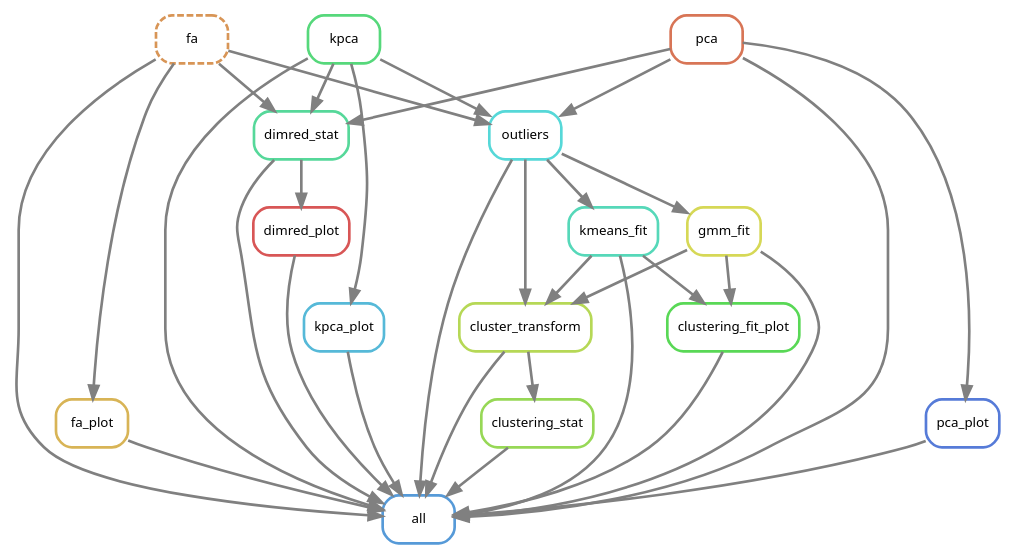
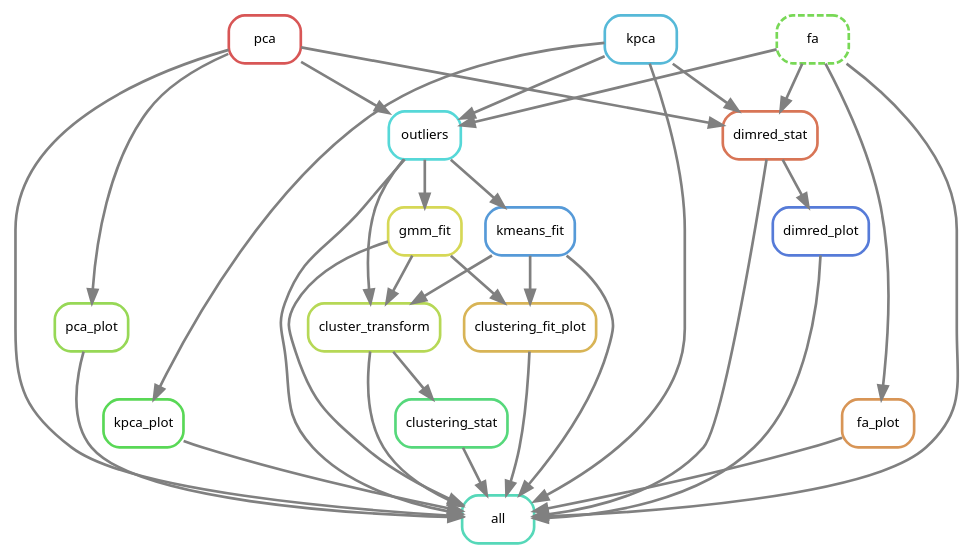
Before and after one commit to cbg-ethz/pybda: the diagram in fig/snakeflow.dot, drawn with Graphviz. The commit also changed 13 other files, not shown here.

```diff
--- a/fig/snakeflow.dot
+++ b/fig/snakeflow.dot
@@ -1,52 +1,52 @@
 digraph snakemake_dag {
     graph[bgcolor=white, margin=0];
     node[shape=box, style=rounded, fontname=sans,                 fontsize=10, penwidth=2];
     edge[penwidth=2, color=grey];
-	0[label = "all", color = "0.58 0.6 0.85", style="rounded"];
-	1[label = "gmm_fit", color = "0.17 0.6 0.85", style="rounded"];
-	2[label = "dimred_stat", color = "0.42 0.6 0.85", style="rounded"];
-	3[label = "cluster_transform", color = "0.21 0.6 0.85", style="rounded"];
-	4[label = "clustering_stat", color = "0.25 0.6 0.85", style="rounded"];
-	5[label = "kpca_plot", color = "0.54 0.6 0.85", style="rounded"];
-	6[label = "fa", color = "0.08 0.6 0.85", style="rounded,dashed"];
-	7[label = "pca", color = "0.04 0.6 0.85", style="rounded"];
-	8[label = "fa_plot", color = "0.12 0.6 0.85", style="rounded"];
-	9[label = "outliers", color = "0.50 0.6 0.85", style="rounded"];
-	10[label = "kpca", color = "0.38 0.6 0.85", style="rounded"];
-	11[label = "dimred_plot", color = "0.00 0.6 0.85", style="rounded"];
-	12[label = "clustering_fit_plot", color = "0.33 0.6 0.85", style="rounded"];
-	13[label = "kmeans_fit", color = "0.46 0.6 0.85", style="rounded"];
-	14[label = "pca_plot", color = "0.62 0.6 0.85", style="rounded"];
+	0[label = "all", color = "0.46 0.6 0.85", style="rounded"];
+	1[label = "dimred_stat", color = "0.04 0.6 0.85", style="rounded"];
+	2[label = "pca_plot", color = "0.25 0.6 0.85", style="rounded"];
+	3[label = "kmeans_fit", color = "0.58 0.6 0.85", style="rounded"];
+	4[label = "clustering_stat", color = "0.38 0.6 0.85", style="rounded"];
+	5[label = "kpca", color = "0.54 0.6 0.85", style="rounded"];
+	6[label = "cluster_transform", color = "0.21 0.6 0.85", style="rounded"];
+	7[label = "dimred_plot", color = "0.62 0.6 0.85", style="rounded"];
+	8[label = "pca", color = "0.00 0.6 0.85", style="rounded"];
+	9[label = "fa_plot", color = "0.08 0.6 0.85", style="rounded"];
+	10[label = "clustering_fit_plot", color = "0.12 0.6 0.85", style="rounded"];
+	11[label = "gmm_fit", color = "0.17 0.6 0.85", style="rounded"];
+	12[label = "kpca_plot", color = "0.33 0.6 0.85", style="rounded"];
+	13[label = "fa", color = "0.29 0.6 0.85", style="rounded,dashed"];
+	14[label = "outliers", color = "0.50 0.6 0.85", style="rounded"];
 	1 -> 0
 	2 -> 0
 	3 -> 0
 	4 -> 0
 	5 -> 0
 	6 -> 0
 	7 -> 0
 	8 -> 0
 	9 -> 0
 	10 -> 0
 	11 -> 0
 	12 -> 0
 	13 -> 0
 	14 -> 0
-	9 -> 1
-	7 -> 2
-	6 -> 2
-	10 -> 2
-	13 -> 3
-	9 -> 3
-	1 -> 3
-	3 -> 4
-	10 -> 5
-	6 -> 8
-	7 -> 9
-	6 -> 9
-	10 -> 9
-	2 -> 11
-	13 -> 12
-	1 -> 12
-	9 -> 13
-	7 -> 14
+	5 -> 1
+	8 -> 1
+	13 -> 1
+	8 -> 2
+	14 -> 3
+	6 -> 4
+	3 -> 6
+	14 -> 6
+	11 -> 6
+	1 -> 7
+	13 -> 9
+	3 -> 10
+	11 -> 10
+	14 -> 11
+	5 -> 12
+	5 -> 14
+	8 -> 14
+	13 -> 14
 }            
```
